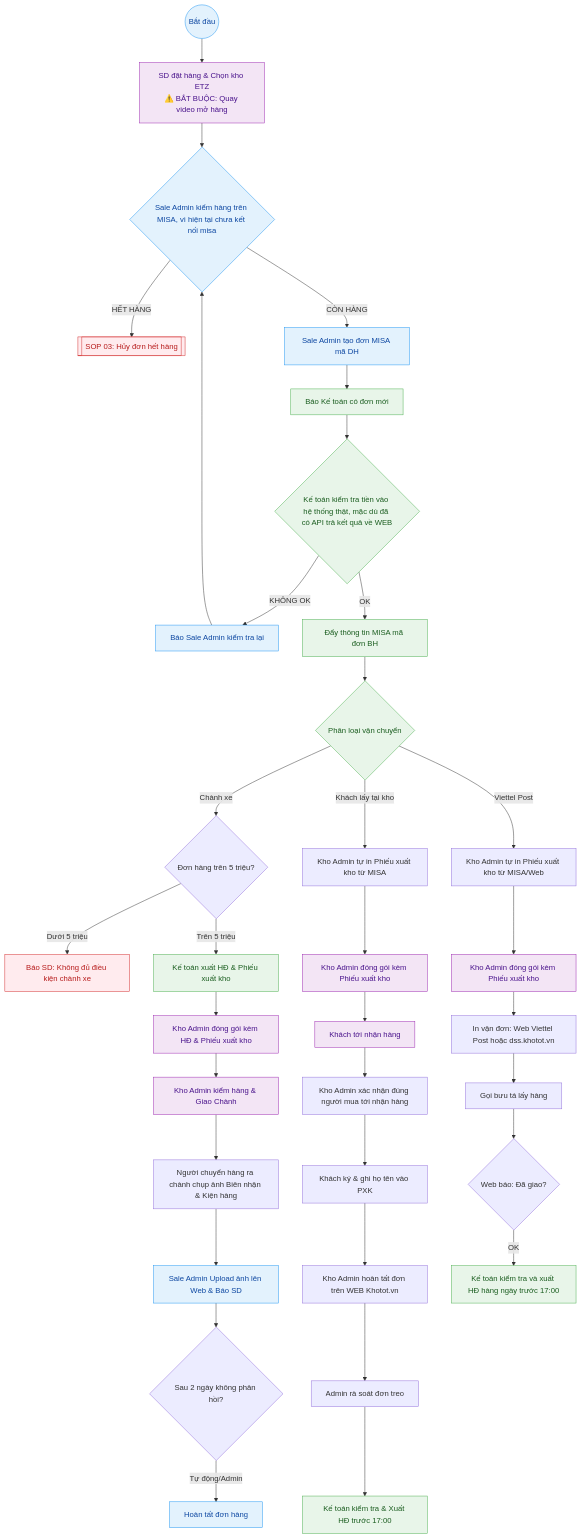
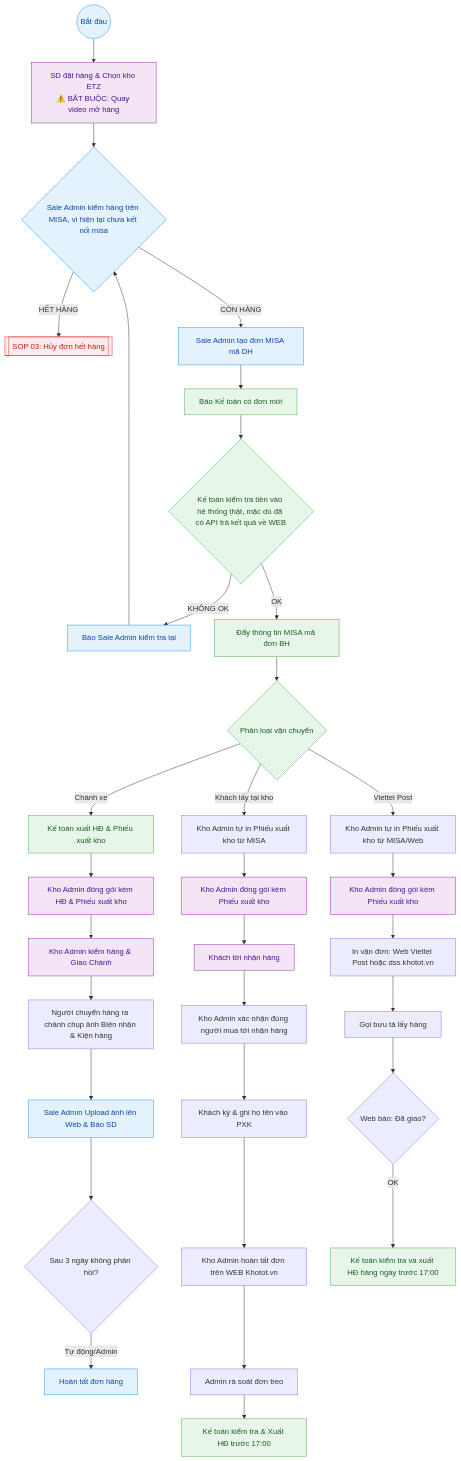
The diagram in src/site/notes/01_TONG_QUAN_LY_DU_AN/2_PHONG_VAN_HANH/SOP_2_Xu_Ly_Don_Hang_Chuan.md (babaduoc/digitalgarden), drawn with Mermaid before and after one commit. The commit also changed other lines of this file and 9 other files, not shown here.

````diff
--- a/src/site/notes/01_TONG_QUAN_LY_DU_AN/2_PHONG_VAN_HANH/SOP_2_Xu_Ly_Don_Hang_Chuan.md
+++ b/src/site/notes/01_TONG_QUAN_LY_DU_AN/2_PHONG_VAN_HANH/SOP_2_Xu_Ly_Don_Hang_Chuan.md
@@ -22,60 +22,58 @@
 ```mermaid
 graph TD
     %% Định nghĩa bảng màu Pastel nguyên bản (Classic Style) %%
     classDef sd fill:#F3E5F5,stroke:#9C27B0,color:#4A148C;
     classDef sale_admin fill:#E3F2FD,stroke:#2196F3,color:#0D47A1;
     classDef acc fill:#E8F5E9,stroke:#4CAF50,color:#1B5E20;
     classDef wh fill:#FFF3E0,stroke:#FF9800,color:#E65100;
     classDef error fill:#FFEBEE,stroke:#D32F2F,color:#B71C1C;
 
     Start((Bắt đầu)) --> SD_Order[SD đặt hàng & Chọn kho ETZ<br/>⚠️ BẮT BUỘC: Quay video mở hàng]
 
     %% Vai trò Sale Admin %%
     SD_Order --> SaleAdmin_Check{Sale Admin kiểm hàng trên MISA, vì hiện tại chưa kết nối misa}
 
     SaleAdmin_Check -- "HẾT HÀNG" --> OutOfStock[["SOP 03: Hủy đơn hết hàng"]]
     click OutOfStock "/01-tong-quan-ly-du-an/2-phong-van-hanh/sop-3-huy-don-het-hang/"
     SaleAdmin_Check -- "CÒN HÀNG" --> SaleAdmin_DH[Sale Admin tạo đơn MISA mã DH]
     SaleAdmin_DH --> Acc_Notify[Báo Kế toán có đơn mới]
 
     %% Vai trò Kế toán %%
     Acc_Notify --> Acc_CheckMoney{Kế toán kiểm tra tiền vào hệ thống thật, mặc dù đã có API trả kết quả về WEB}
     Acc_CheckMoney -- "KHÔNG OK" --> Acc_Reject[Báo Sale Admin kiểm tra lại]
     Acc_Reject --> SaleAdmin_Check
     Acc_CheckMoney -- "OK" --> Acc_BH[Đẩy thông tin MISA mã đơn BH]
     Acc_BH --> Ship_Type{Phân loại vận chuyển}
 
     %% Nhánh Chành xe %%
-    Ship_Type -- "Chành xe" --> Check_5M{Đơn hàng trên 5 triệu?}
-    Check_5M -- "Dưới 5 triệu" --> Reject_Chanh[Báo SD: Không đủ điều kiện chành xe]
-    Check_5M -- "Trên 5 triệu" --> Acc_Inv_1[Kế toán xuất HĐ & Phiếu xuất kho]
+    Ship_Type -- "Chành xe" --> Acc_Inv_1[Kế toán xuất HĐ & Phiếu xuất kho]
     Acc_Inv_1 --> WH_Pack_1[Kho Admin đóng gói kèm HĐ & Phiếu xuất kho]
     WH_Pack_1 --> WH_Check[Kho Admin kiểm hàng & Giao Chành]
     WH_Check --> WH_Photo[Người chuyển hàng ra chành chụp ảnh Biên nhận & Kiện hàng]
     WH_Photo --> Admin_Upload[Sale Admin Upload ảnh lên Web & Báo SD]
-    Admin_Upload --> Rule_2D{Sau 2 ngày không phản hồi?}
-    Rule_2D -- "Tự động/Admin" --> Admin_Finish_1[Hoàn tất đơn hàng]
+    Admin_Upload --> Rule_3D{Sau 3 ngày không phản hồi?}
+    Rule_3D -- "Tự động/Admin" --> Admin_Finish_1[Hoàn tất đơn hàng]
 
     %% Nhánh Tại kho %%
     Ship_Type -- "Khách lấy tại kho" --> WH_Print_PXK_2[Kho Admin tự in Phiếu xuất kho từ MISA]
     WH_Print_PXK_2 --> WH_Pack_2[Kho Admin đóng gói kèm Phiếu xuất kho]
     WH_Pack_2 --> SD_Pick[Khách tới nhận hàng]
     SD_Pick --> WH_Verify[Kho Admin xác nhận đúng người mua tới nhận hàng]
     WH_Verify --> SD_Sign[Khách ký & ghi họ tên vào PXK]
     SD_Sign --> WH_Finish_Web[Kho Admin hoàn tất đơn trên WEB Khotot.vn]
     WH_Finish_Web --> Admin_Check[Admin rà soát đơn treo]
     Admin_Check --> Acc_Inv_2[Kế toán kiểm tra & Xuất HĐ trước 17:00]
 
     %% Nhánh Viettel Post %%
     Ship_Type -- "Viettel Post" --> WH_Print_PXK[Kho Admin tự in Phiếu xuất kho từ MISA/Web]
     WH_Print_PXK --> WH_Pack_3[Kho Admin đóng gói kèm Phiếu xuất kho]
     WH_Pack_3 --> WH_Print_VT[In vận đơn: Web Viettel Post hoặc dss.khotot.vn]
     WH_Print_VT --> WH_Call_VT[Gọi bưu tá lấy hàng]
     WH_Call_VT --> API_Delivered{Web báo: Đã giao?}
     API_Delivered -- OK --> Acc_Inv_3[Kế toán kiểm tra và xuất HĐ hàng ngày trước 17:00]
 
     class SD_Order,SD_Pick,WH_Pack_1,WH_Pack_2,WH_Pack_3,WH_Check,WH_Confirm,WH_Confirm_2 sd;
     class Start,SaleAdmin_Check,SaleAdmin_DH,Acc_Reject,Admin_Upload,Admin_Finish_1,Admin_Finish_2 sale_admin;
     class Acc_Notify,Acc_CheckMoney,Acc_BH,Ship_Type,Acc_Inv_1,Acc_Inv_2,Acc_Inv_3 acc;
-    class OutOfStock,Reject_Chanh error;
+    class OutOfStock error;
 ```
````
